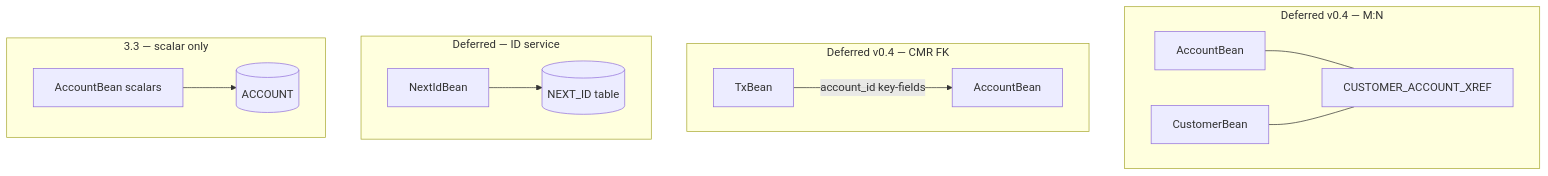
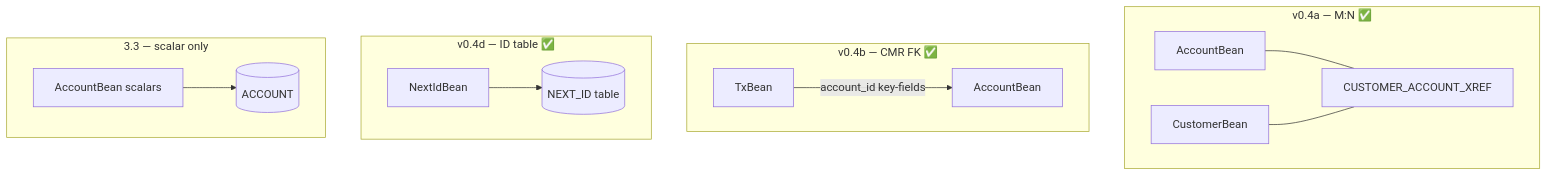
One commit to anchor-migration/rewrite-recipes changed the diagram in docs/cmp-jpa-capability-matrix.md. Above: the diagram before and after it, drawn with Mermaid. The commit also changed other lines of this file and 4 other files, not shown here.

````diff
--- a/docs/cmp-jpa-capability-matrix.md
+++ b/docs/cmp-jpa-capability-matrix.md
@@ -97,23 +97,23 @@
 ```mermaid
 flowchart TB
-  subgraph mn["Deferred v0.4 — M:N"]
+  subgraph mn["v0.4a — M:N ✅"]
     A[AccountBean]
     C[CustomerBean]
     X[CUSTOMER_ACCOUNT_XREF]
     A --- X
     C --- X
   end
-  subgraph fk["Deferred v0.4 — CMR FK"]
+  subgraph fk["v0.4b — CMR FK ✅"]
     T[TxBean]
     A2[AccountBean]
     T -->|account_id key-fields| A2
   end
-  subgraph seq["Deferred — ID service"]
+  subgraph seq["v0.4d — ID table ✅"]
     N[NextIdBean]
     N --> NEXT_ID[(NEXT_ID table)]
   end
   subgraph first["3.3 — scalar only"]
     A3[AccountBean scalars]
     A3 --> ACC[(ACCOUNT)]
   end
 ```
````
